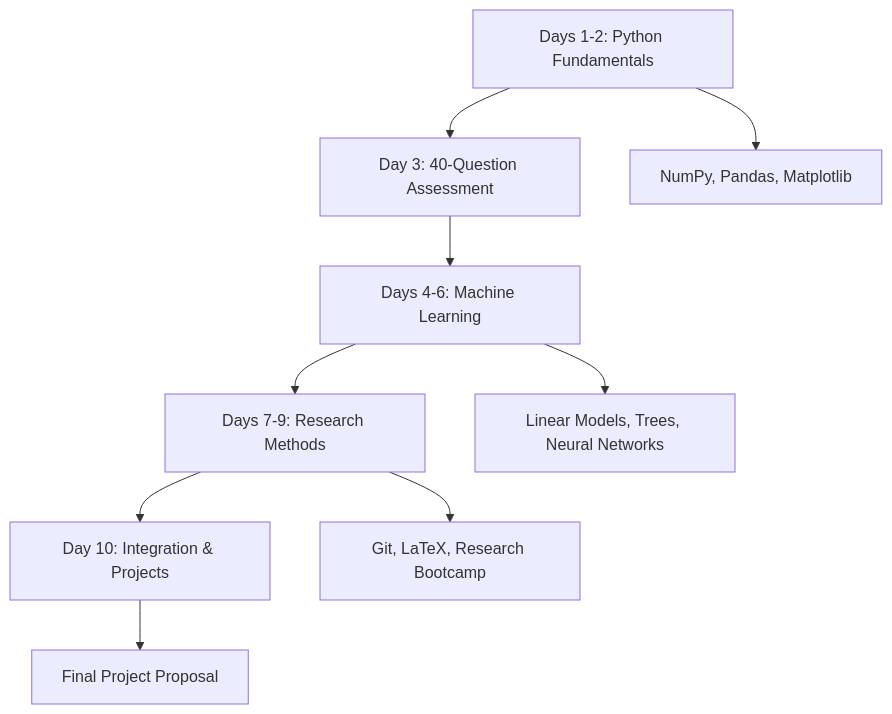
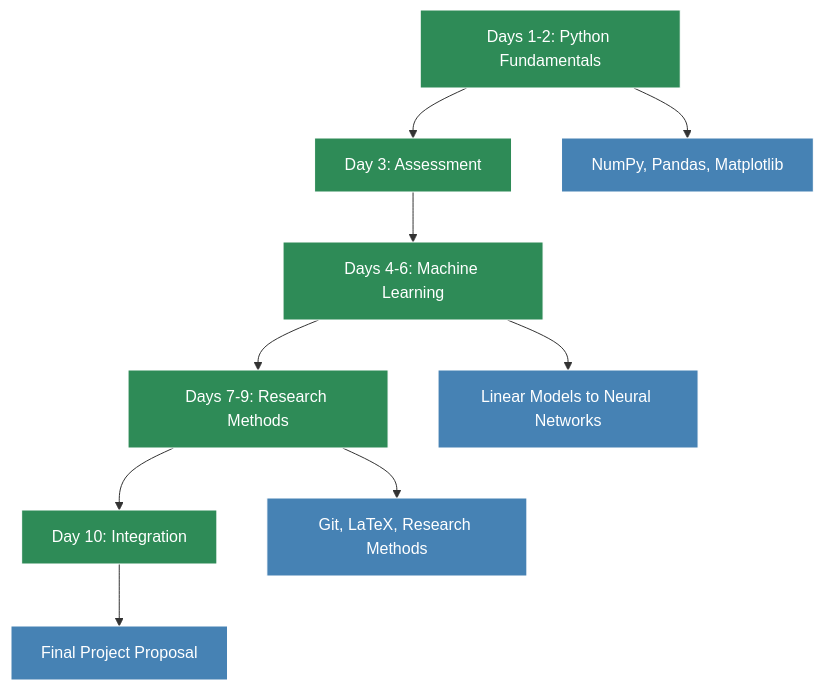
The diagram in index.qmd (sustainability-lab/sustainability-research-bootcamp), drawn with Mermaid before and after one commit. The commit also changed 2 other files, not shown here.

Commit message:
Fix website formatting issues
- Remove auto section numbering (no more '1' prefix)
- Fix mermaid diagram with proper styling and colors
- Remove missing styles.css reference
- Add proper logo sizing for navbar
- Improve diagram visibility with sustainability colors

🤖 Generated with [Claude Code](https://claude.ai/code)

````diff
--- a/index.qmd
+++ b/index.qmd
@@ -66,12 +66,20 @@
 ```{mermaid}
+%%| fig-width: 8
+%%| fig-height: 6
 flowchart TD
-    A[Days 1-2: Python Fundamentals] --> B[Day 3: 40-Question Assessment]
-    B --> C[Days 4-6: Machine Learning]
-    C --> D[Days 7-9: Research Methods]
-    D --> E[Day 10: Integration & Projects]
+    A["Days 1-2: Python Fundamentals"] --> B["Day 3: Assessment"]
+    B --> C["Days 4-6: Machine Learning"]
+    C --> D["Days 7-9: Research Methods"]
+    D --> E["Day 10: Integration"]
     
-    A --> F[NumPy, Pandas, Matplotlib]
-    C --> G[Linear Models, Trees, Neural Networks]
-    D --> H[Git, LaTeX, Research Bootcamp]
-    E --> I[Final Project Proposal]
+    A --> F["NumPy, Pandas, Matplotlib"]
+    C --> G["Linear Models to Neural Networks"]
+    D --> H["Git, LaTeX, Research Methods"]
+    E --> I["Final Project Proposal"]
+    
+    classDef primaryPath fill:#2E8B57,stroke:#fff,color:#fff
+    classDef skills fill:#4682B4,stroke:#fff,color:#fff
+    
+    class A,B,C,D,E primaryPath
+    class F,G,H,I skills
 ```
````
